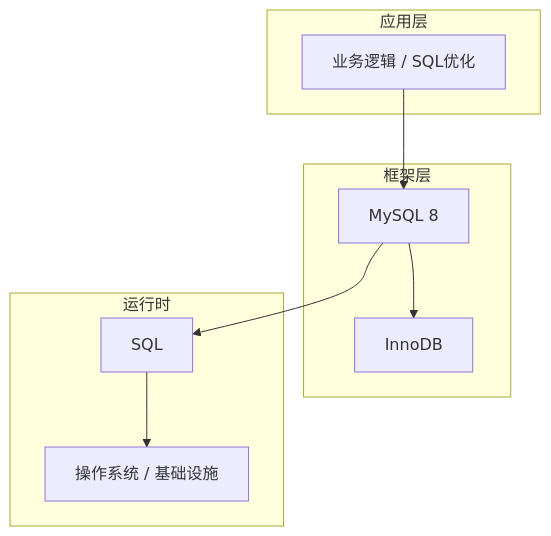
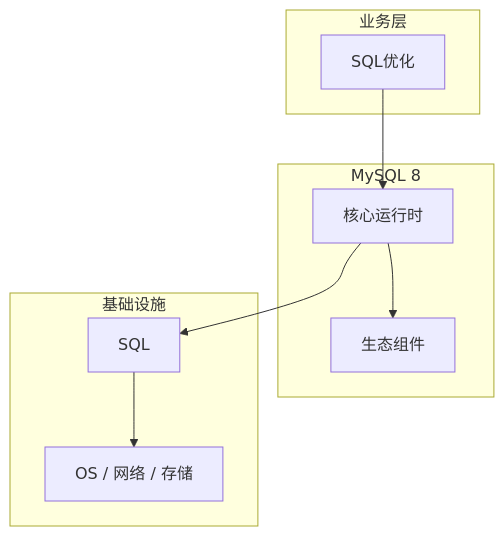
One commit to yanggan2015/knowledge-json-v2 changed the diagram in articles/MySQL/chapters/067-SQL优化核心概念与原理.md. Above: the diagram before and after it, drawn with Mermaid. The commit also changed other lines of this file and 10127 other files, not shown here.

````diff
--- a/articles/MySQL/chapters/067-SQL优化核心概念与原理.md
+++ b/articles/MySQL/chapters/067-SQL优化核心概念与原理.md
@@ -45,18 +34,18 @@
 ```mermaid
 graph TB
-    subgraph 应用层
-        A[业务逻辑 / SQL优化]
+    subgraph 业务层
+        A[SQL优化]
     end
-    subgraph 框架层
-        B[MySQL 8]
-        C[InnoDB]
+    subgraph MySQL 8
+        B[核心运行时]
+        C[生态组件]
     end
-    subgraph 运行时
+    subgraph 基础设施
         D[SQL]
-        E[操作系统 / 基础设施]
+        E[OS / 网络 / 存储]
     end
     A --> B
     B --> C
     B --> D
     D --> E
 ```
````
